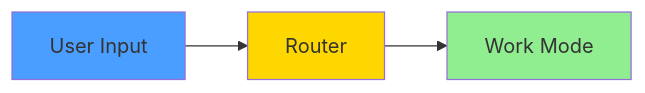
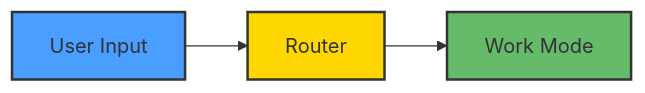
Before and after one commit to ManuelKugelmann/BitBot: the diagram in CLAUDE.md, drawn with Mermaid. The commit also changed other lines of this file and 6 other files, not shown here.

First line of the commit message:
Improve diagram colors for better dark text contrast

````diff
--- a/CLAUDE.md
+++ b/CLAUDE.md
@@ -89,8 +91,8 @@
 ```mermaid
 graph LR
     A[User Input] --> B[Router]
     B --> C[Work Mode]
-    style A fill:#4a9eff
-    style B fill:#ffd700
-    style C fill:#90ee90
+    style A fill:#4a9eff,stroke:#333,stroke-width:2px
+    style B fill:#ffd700,stroke:#333,stroke-width:2px
+    style C fill:#66bb6a,stroke:#333,stroke-width:2px
 ```
````
